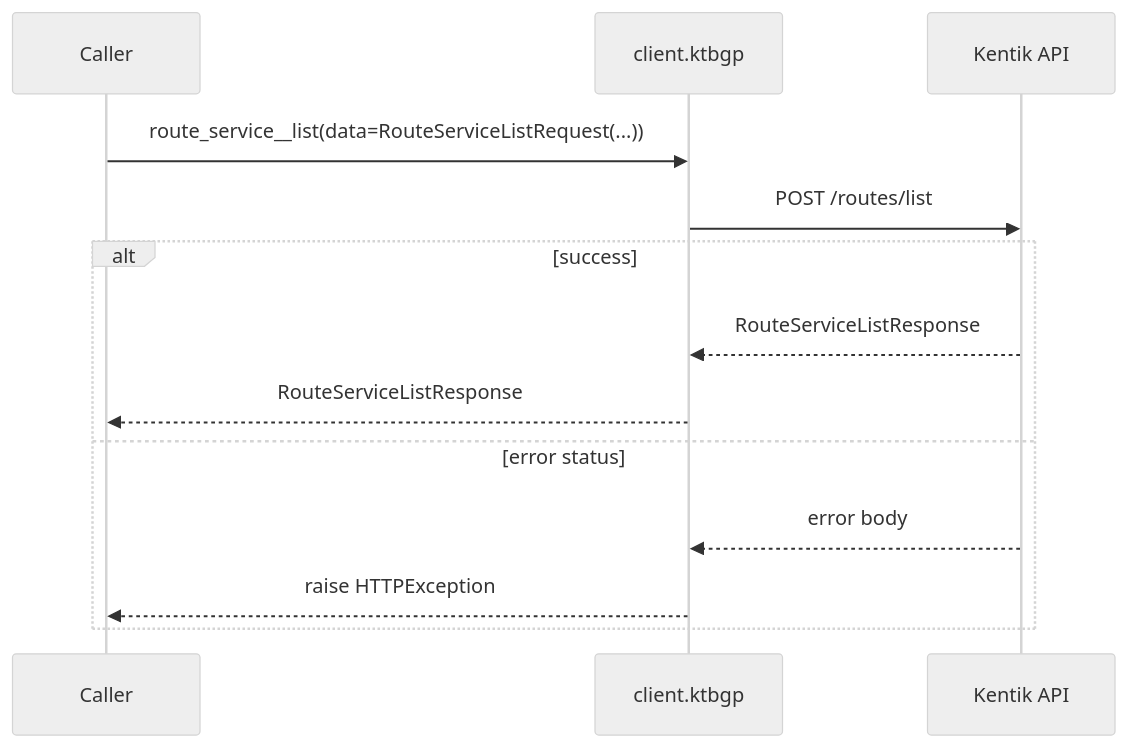
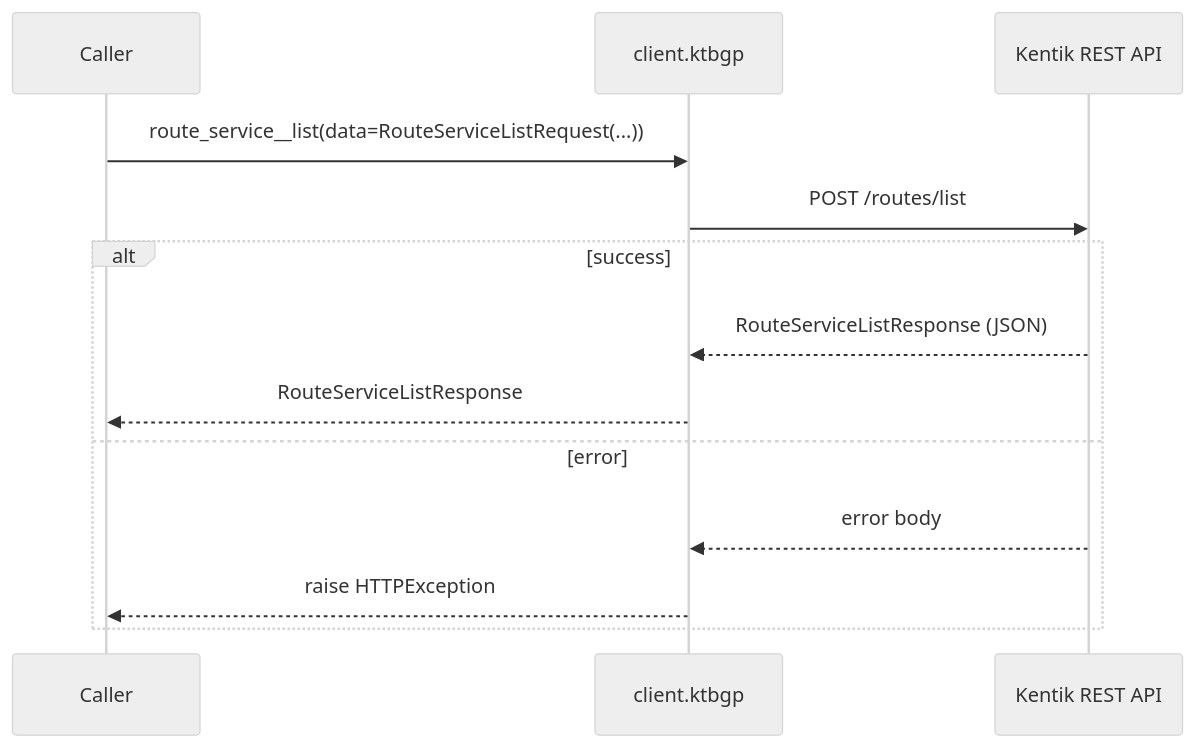
Before and after one commit to alexdearaujo/community_sdk_python: the fourth of 8 diagrams in docs/sphinx/services/ktbgp.md, drawn with Mermaid (neutral theme). The commit also changed other lines of this file and 61 other files, not shown here.

````diff
--- a/docs/sphinx/services/ktbgp.md
+++ b/docs/sphinx/services/ktbgp.md
@@ -79,16 +106,16 @@
 ```mermaid
 sequenceDiagram
     participant C as Caller
     participant W as client.ktbgp
-    participant API as Kentik API
+    participant API as Kentik REST API
 
     C->>W: route_service__list(data=RouteServiceListRequest(...))
     W->>API: POST /routes/list
     alt success
-        API-->>W: RouteServiceListResponse
+        API-->>W: RouteServiceListResponse (JSON)
         W-->>C: RouteServiceListResponse
-    else error status
+    else error
         API-->>W: error body
         W-->>C: raise HTTPException
     end
 ```
````
